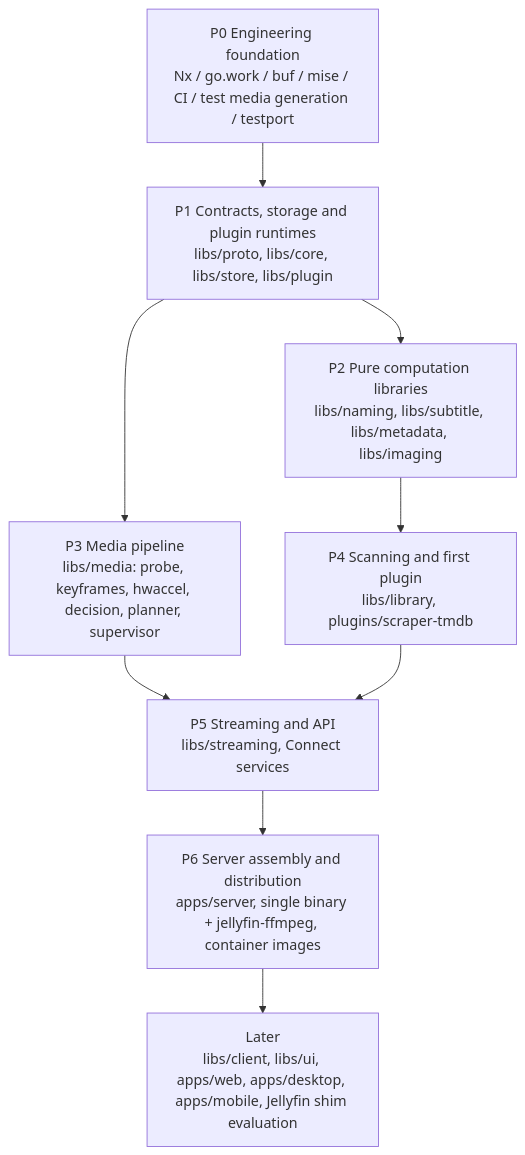
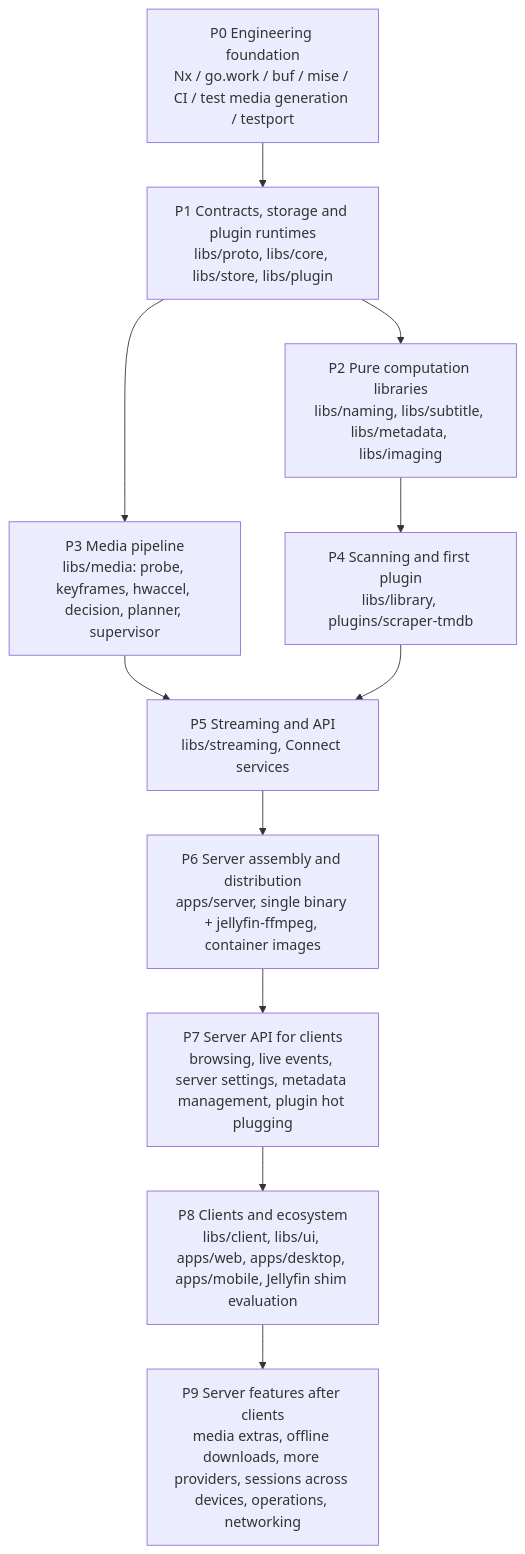
The diagram in docs/roadmap.md (mavioai/mavio), drawn with Mermaid before and after one commit. The commit also changed other lines of this file and 1 other file, not shown here.

First line of the commit message:
docs: plan the server API before clients and server features after them

````diff
--- a/docs/roadmap.md
+++ b/docs/roadmap.md
@@ -19,20 +19,24 @@
 ```mermaid
 flowchart TD
     P0["P0 Engineering foundation<br/>Nx / go.work / buf / mise / CI / test media generation / testport"]
     P1["P1 Contracts, storage and plugin runtimes<br/>libs/proto, libs/core, libs/store, libs/plugin"]
     P2["P2 Pure computation libraries<br/>libs/naming, libs/subtitle, libs/metadata, libs/imaging"]
     P3["P3 Media pipeline<br/>libs/media: probe, keyframes, hwaccel, decision, planner, supervisor"]
     P4["P4 Scanning and first plugin<br/>libs/library, plugins/scraper-tmdb"]
     P5["P5 Streaming and API<br/>libs/streaming, Connect services"]
     P6["P6 Server assembly and distribution<br/>apps/server, single binary + jellyfin-ffmpeg, container images"]
-    P7["Later<br/>libs/client, libs/ui, apps/web, apps/desktop, apps/mobile, Jellyfin shim evaluation"]
+    P7["P7 Server API for clients<br/>browsing, live events, server settings, metadata management, plugin hot plugging"]
+    P8["P8 Clients and ecosystem<br/>libs/client, libs/ui, apps/web, apps/desktop, apps/mobile, Jellyfin shim evaluation"]
+    P9["P9 Server features after clients<br/>media extras, offline downloads, more providers, sessions across devices, operations, networking"]
 
     P0 --> P1
     P1 --> P2
     P1 --> P3
     P2 --> P4
     P3 --> P5
     P4 --> P5
     P5 --> P6
     P6 --> P7
+    P7 --> P8
+    P8 --> P9
 ```
````
